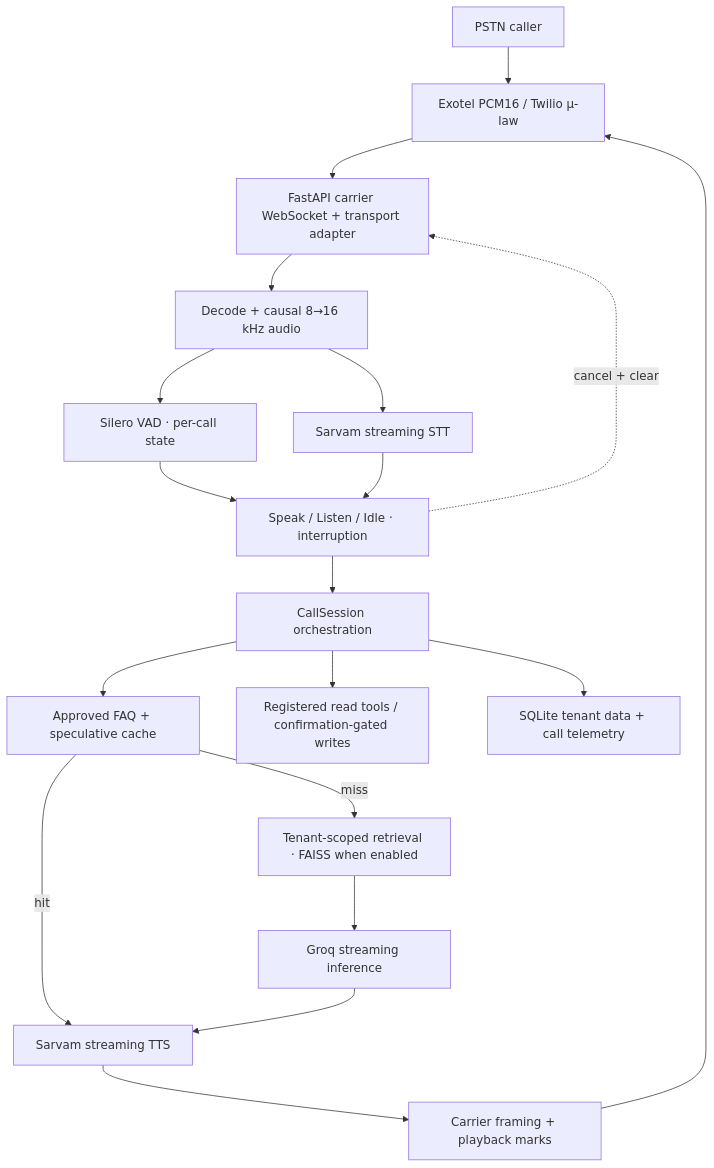
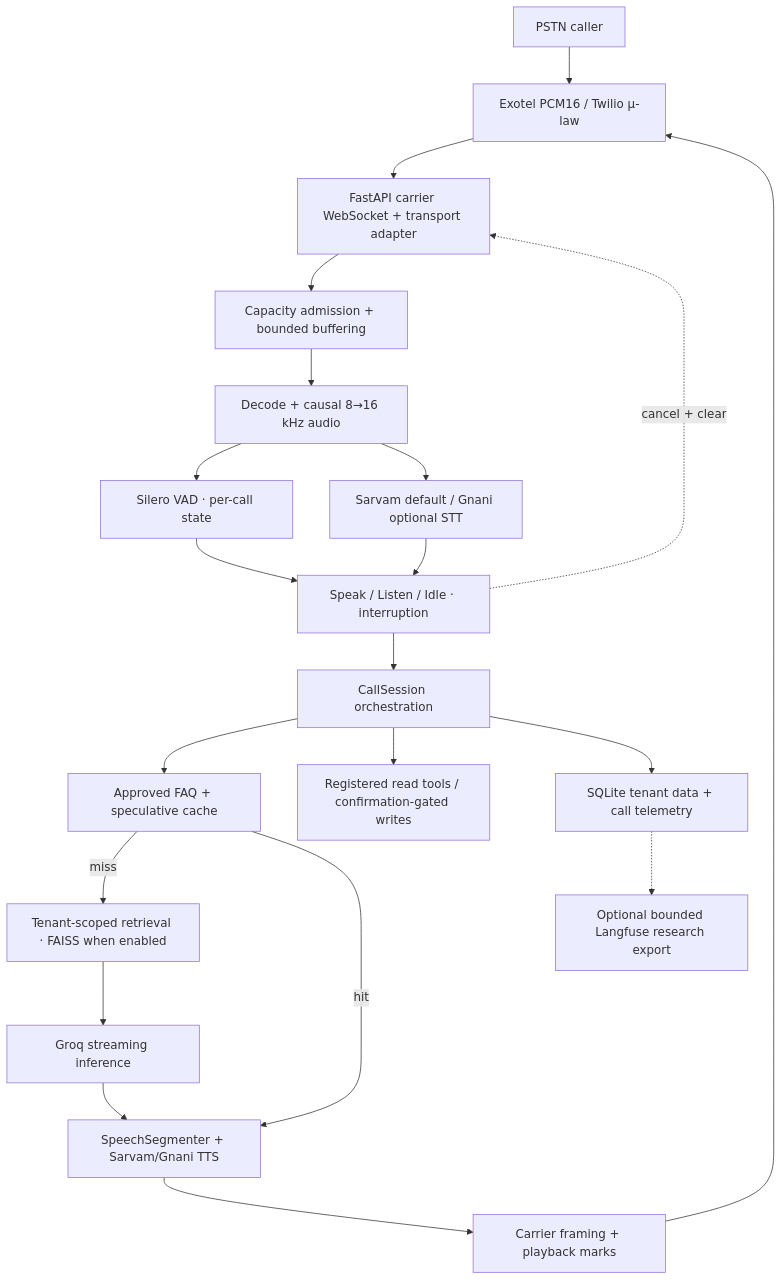
One commit to KevinGeorge100/OMNIVOICE changed the first of 2 diagrams in README.md. Above: the diagram before and after it, drawn with Mermaid. The commit also changed other lines of this file and 11 other files, not shown here.

````diff
--- a/README.md
+++ b/README.md
@@ -58,21 +58,23 @@
 ```mermaid
 flowchart TB
     Caller["PSTN caller"] --> Carrier["Exotel PCM16 / Twilio μ-law"]
     Carrier --> Transport["FastAPI carrier WebSocket + transport adapter"]
-    Transport --> Audio["Decode + causal 8→16 kHz audio"]
+    Transport --> Admission["Capacity admission + bounded buffering"]
+    Admission --> Audio["Decode + causal 8→16 kHz audio"]
     Audio --> VAD["Silero VAD · per-call state"]
-    Audio --> STT["Sarvam streaming STT"]
+    Audio --> STT["Sarvam default / Gnani optional STT"]
     VAD --> FSM["Speak / Listen / Idle · interruption"]
     STT --> FSM
     FSM --> Session["CallSession orchestration"]
     Session --> Fast["Approved FAQ + speculative cache"]
     Fast -->|miss| RAG["Tenant-scoped retrieval · FAISS when enabled"]
     RAG --> LLM["Groq streaming inference"]
-    Fast -->|hit| TTS["Sarvam streaming TTS"]
+    Fast -->|hit| TTS["SpeechSegmenter + Sarvam/Gnani TTS"]
     LLM --> TTS
     TTS --> Frames["Carrier framing + playback marks"]
     Frames --> Carrier
     Session --> Tools["Registered read tools / confirmation-gated writes"]
     Session --> Store["SQLite tenant data + call telemetry"]
+    Store -.-> Research["Optional bounded Langfuse research export"]
     FSM -.->|cancel + clear| Transport
 ```
````
